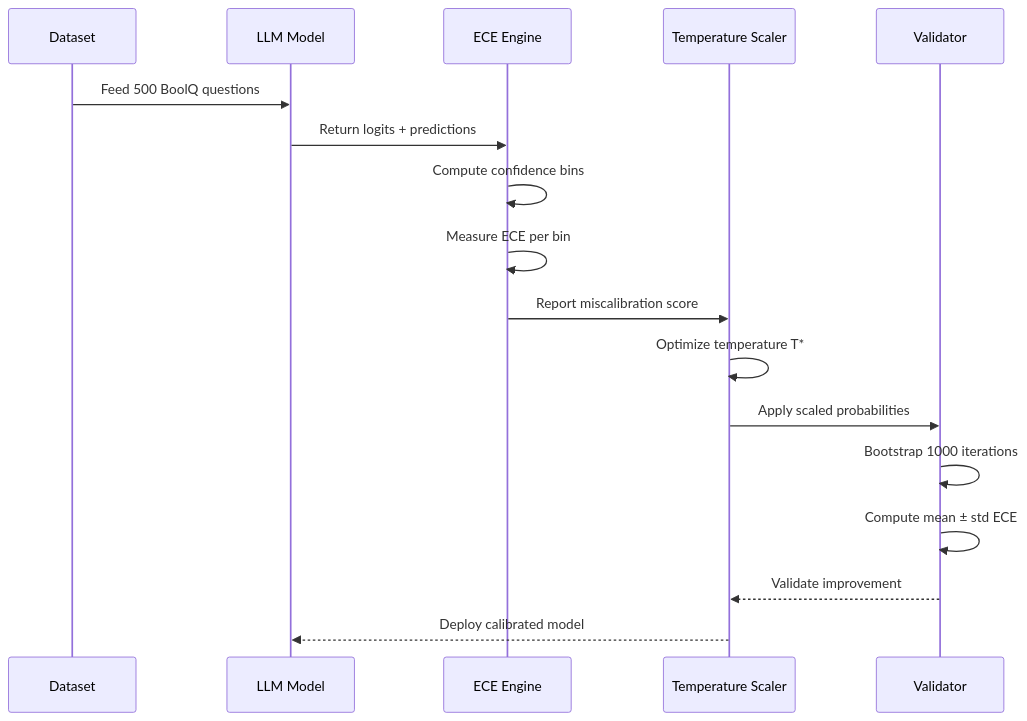
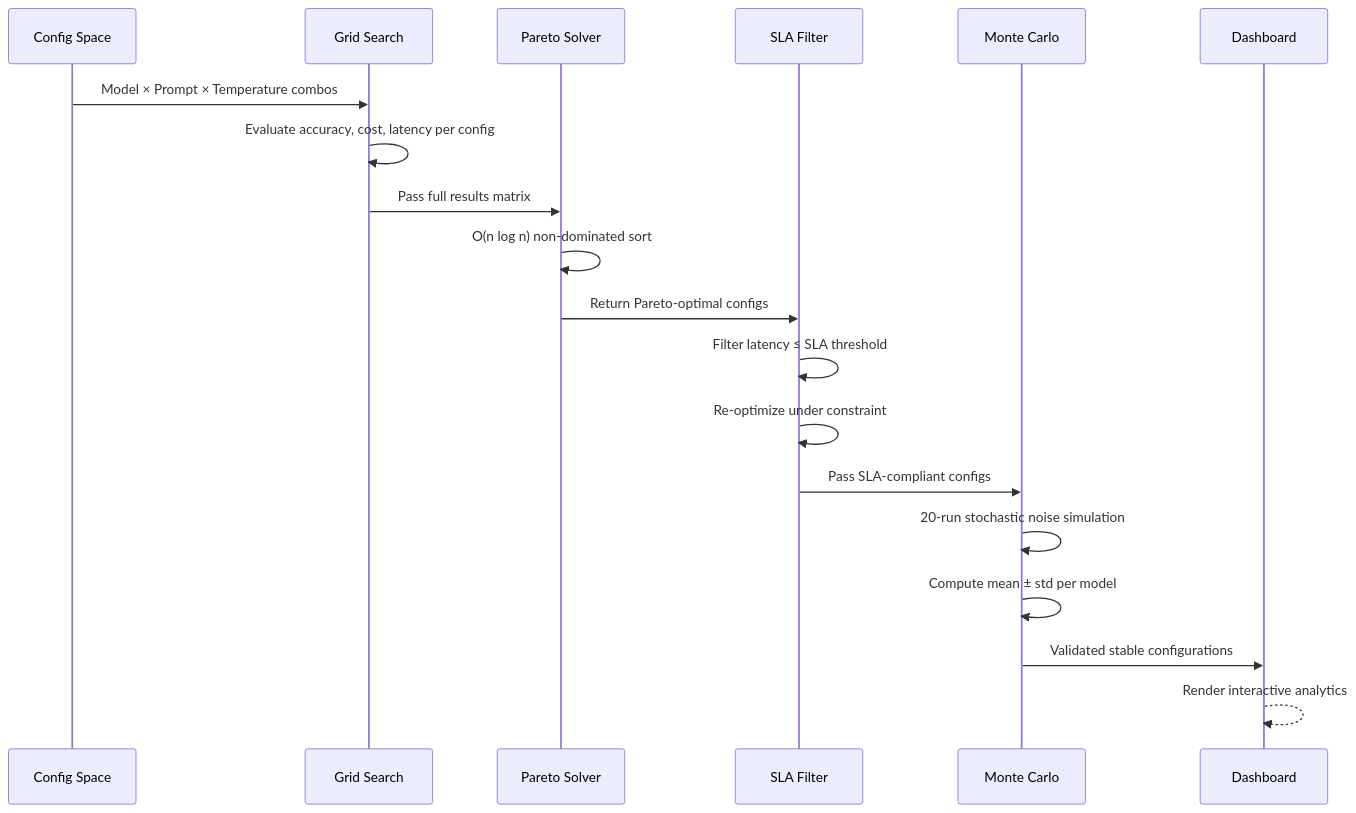
One commit to debasmita30/LLM-Cost-Performance-Optimization-Platform changed the second of 3 diagrams in README.md. Above: the diagram before and after it, drawn with Mermaid. The commit also changed other lines of this file, not shown here.

````diff
--- a/README.md
+++ b/README.md
@@ -74,20 +86,22 @@
 ```mermaid
 sequenceDiagram
-    participant D as Dataset
-    participant M as LLM Model
-    participant E as ECE Engine
-    participant T as Temperature Scaler
-    participant V as Validator
+    participant C as Config Space
+    participant G as Grid Search
+    participant P as Pareto Solver
+    participant S as SLA Filter
+    participant M as Monte Carlo
+    participant D as Dashboard
 
-    D->>M: Feed 500 BoolQ questions
-    M->>E: Return logits + predictions
-    E->>E: Compute confidence bins
-    E->>E: Measure ECE per bin
-    E->>T: Report miscalibration score
-    T->>T: Optimize temperature T*
-    T->>V: Apply scaled probabilities
-    V->>V: Bootstrap 1000 iterations
-    V->>V: Compute mean ± std ECE
-    V-->>T: Validate improvement
-    T-->>M: Deploy calibrated model
+    C->>G: Model × Prompt × Temperature combos
+    G->>G: Evaluate accuracy, cost, latency per config
+    G->>P: Pass full results matrix
+    P->>P: O(n log n) non-dominated sort
+    P->>S: Return Pareto-optimal configs
+    S->>S: Filter latency ≤ SLA threshold
+    S->>S: Re-optimize under constraint
+    S->>M: Pass SLA-compliant configs
+    M->>M: 20-run stochastic noise simulation
+    M->>M: Compute mean ± std per model
+    M->>D: Validated stable configurations
+    D-->>D: Render interactive analytics
 ```
````
